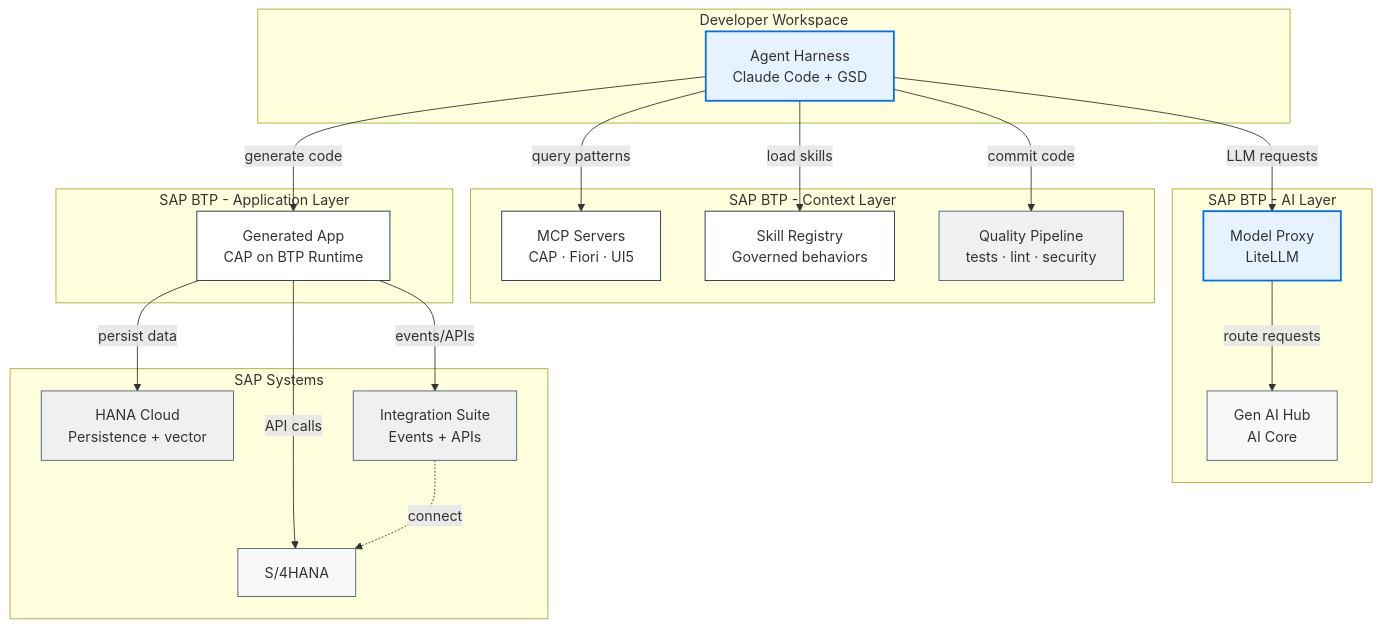
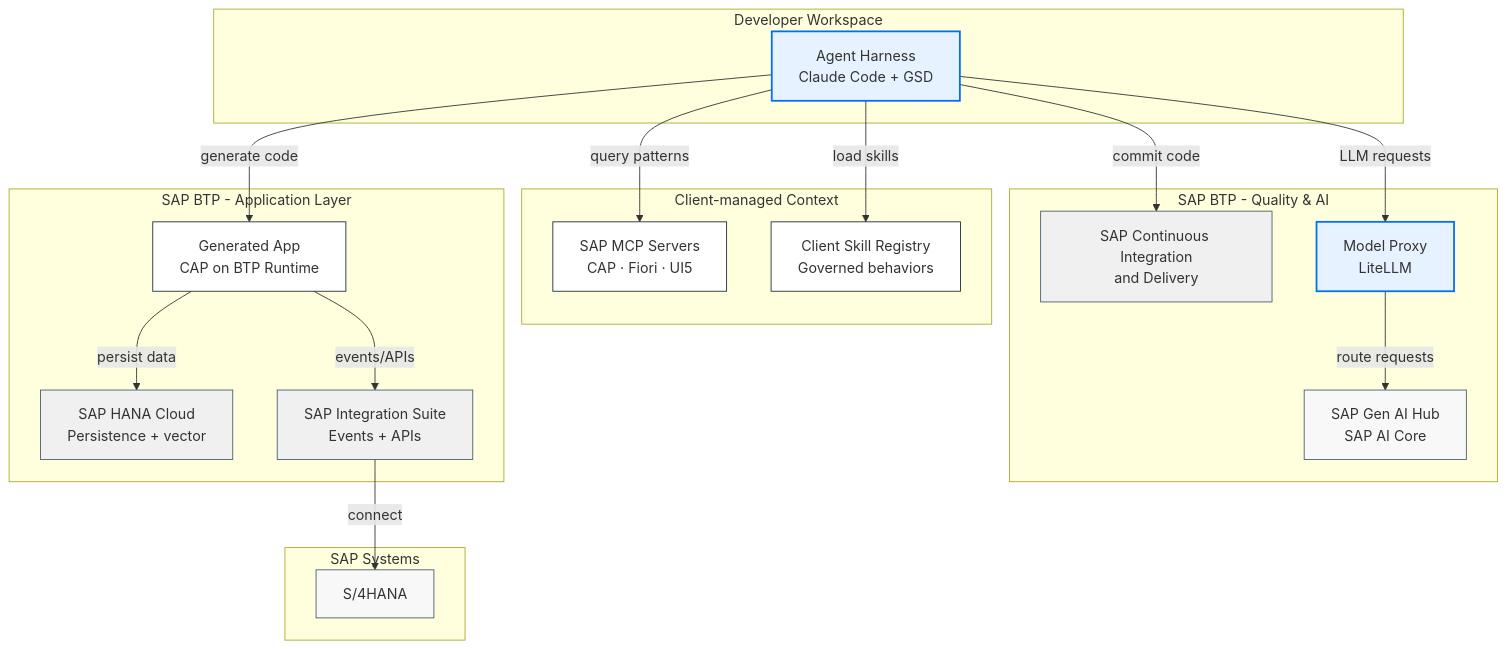
The diagram in docs/ref-arch/RA0030/readme-v5.md (SAP/architecture-center), drawn with Mermaid before and after one commit. The commit also changed other lines of this file, not shown here.

Commit message:
docs: update RA0030 diagram with SAP service names and correct topology
Updated Mermaid diagram to use full SAP service names (SAP Continuous Integration
and Delivery, SAP Gen AI Hub, SAP HANA Cloud, SAP Integration Suite). Moved HANA
Cloud and Integration Suite to SAP BTP Application Layer. Clarified client-managed
components (MCP Servers, Skill Registry) and fixed data flow to route through
Integration Suite to S/4HANA instead of direct connection.

````diff
--- a/docs/ref-arch/RA0030/readme-v5.md
+++ b/docs/ref-arch/RA0030/readme-v5.md
@@ -57,52 +57,51 @@
 ```mermaid
 graph TB
     subgraph "Developer Workspace"
         AH[Agent Harness<br/>Claude Code + GSD]
     end
     
-    subgraph "SAP BTP - Context Layer"
-        MCP[MCP Servers<br/>CAP · Fiori · UI5]
-        SR[Skill Registry<br/>Governed behaviors]
-        QP[Quality Pipeline<br/>tests · lint · security]
+    subgraph "Client-managed Context"
+        MCP[SAP MCP Servers<br/>CAP · Fiori · UI5]
+        SR[Client Skill Registry<br/>Governed behaviors]
     end
     
-    subgraph "SAP BTP - AI Layer"
+    subgraph "SAP BTP - Quality & AI"
+        QP[SAP Continuous Integration<br/>and Delivery]
         MP[Model Proxy<br/>LiteLLM]
-        GAH[Gen AI Hub<br/>AI Core]
+        GAH[SAP Gen AI Hub<br/>SAP AI Core]
     end
     
     subgraph "SAP BTP - Application Layer"
         APP[Generated App<br/>CAP on BTP Runtime]
+        HANA[SAP HANA Cloud<br/>Persistence + vector]
+        IS[SAP Integration Suite<br/>Events + APIs]
     end
     
     subgraph "SAP Systems"
         S4[S/4HANA]
-        HANA[HANA Cloud<br/>Persistence + vector]
-        IS[Integration Suite<br/>Events + APIs]
     end
     
     AH -->|query patterns| MCP
     AH -->|load skills| SR
     AH -->|commit code| QP
     AH -->|LLM requests| MP
     AH -->|generate code| APP
     
     MP -->|route requests| GAH
     
-    APP -->|API calls| S4
     APP -->|persist data| HANA
     APP -->|events/APIs| IS
     
-    IS -.->|connect| S4
+    IS -->|connect| S4
     
     style AH fill:#e6f2ff,stroke:#0070f2,stroke-width:2px
     style MP fill:#e6f2ff,stroke:#0070f2,stroke-width:2px
     style APP fill:#fff,stroke:#1d2d3e,stroke-width:1px
     style MCP fill:#fff,stroke:#1d2d3e,stroke-width:1px
     style SR fill:#fff,stroke:#1d2d3e,stroke-width:1px
     style QP fill:#f0f0f0,stroke:#4a5d6f,stroke-width:1px
     style GAH fill:#f8f8f8,stroke:#4a5d6f,stroke-width:1px
     style S4 fill:#f8f8f8,stroke:#4a5d6f,stroke-width:1px
     style HANA fill:#f0f0f0,stroke:#4a5d6f,stroke-width:1px
     style IS fill:#f0f0f0,stroke:#4a5d6f,stroke-width:1px
 ```
````
